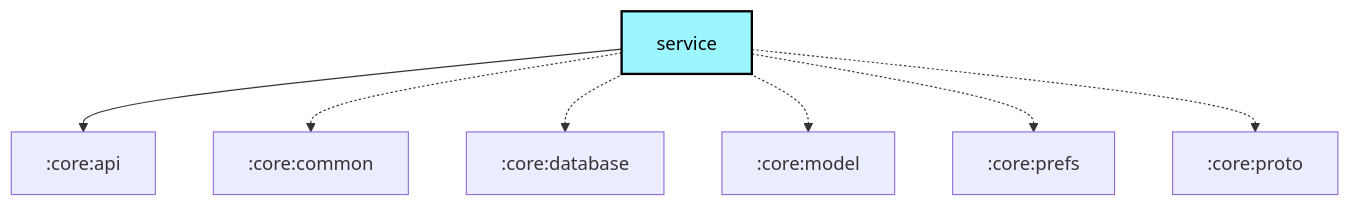
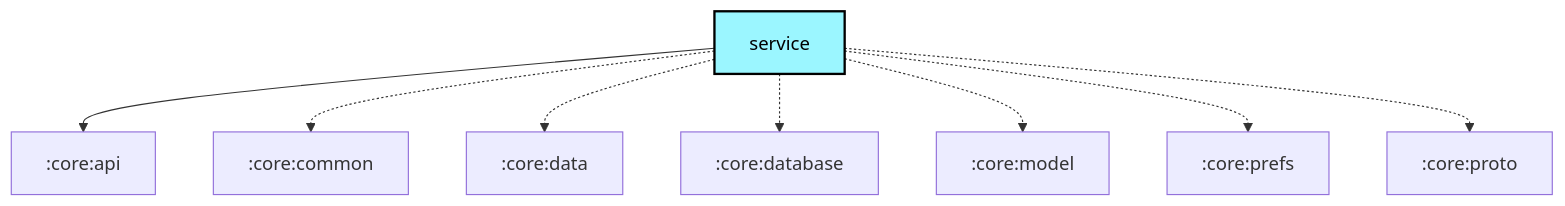
One commit to meshtastic/Meshtastic-Android changed the diagram in core/service/README.md. Above: the diagram before and after it, drawn with Mermaid. The commit also changed 3 other files, not shown here.

Commit message:
chore: Scheduled updates (Firmware, Hardware, Translations, Graphs) (#4683)

````diff
--- a/core/service/README.md
+++ b/core/service/README.md
@@ -23,21 +23,22 @@
 ```mermaid
 graph TB
   :core:service[service]:::android-library
   :core:service --> :core:api
   :core:service -.-> :core:common
+  :core:service -.-> :core:data
   :core:service -.-> :core:database
   :core:service -.-> :core:model
   :core:service -.-> :core:prefs
   :core:service -.-> :core:proto
 
 classDef android-application fill:#CAFFBF,stroke:#000,stroke-width:2px,color:#000;
 classDef android-application-compose fill:#CAFFBF,stroke:#000,stroke-width:2px,color:#000;
 classDef android-feature fill:#FFD6A5,stroke:#000,stroke-width:2px,color:#000;
 classDef android-library fill:#9BF6FF,stroke:#000,stroke-width:2px,color:#000;
 classDef android-library-compose fill:#9BF6FF,stroke:#000,stroke-width:2px,color:#000;
 classDef android-test fill:#A0C4FF,stroke:#000,stroke-width:2px,color:#000;
 classDef jvm-library fill:#BDB2FF,stroke:#000,stroke-width:2px,color:#000;
 classDef kmp-library fill:#FFC1CC,stroke:#000,stroke-width:2px,color:#000;
 classDef unknown fill:#FFADAD,stroke:#000,stroke-width:2px,color:#000;
 
 ```
````
